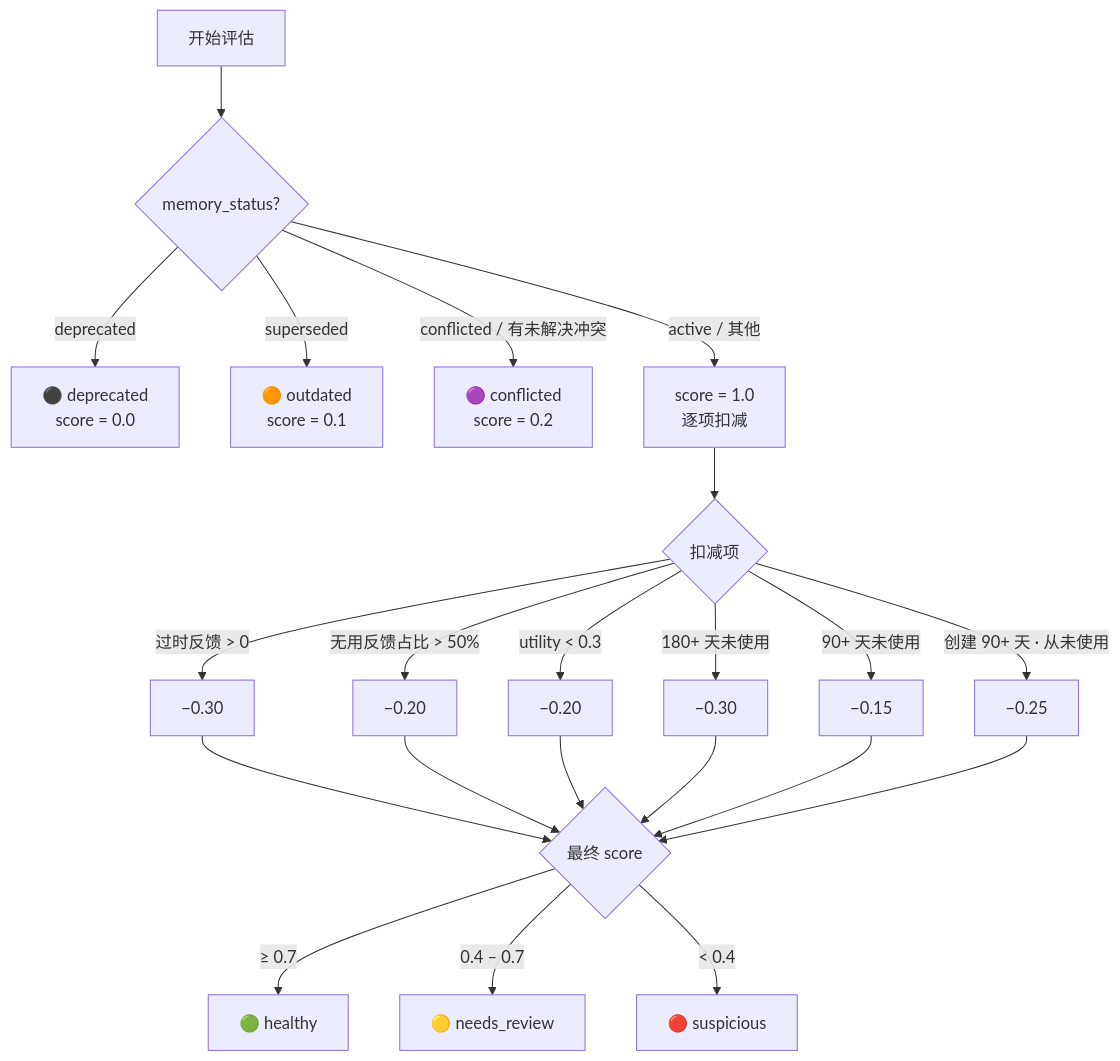
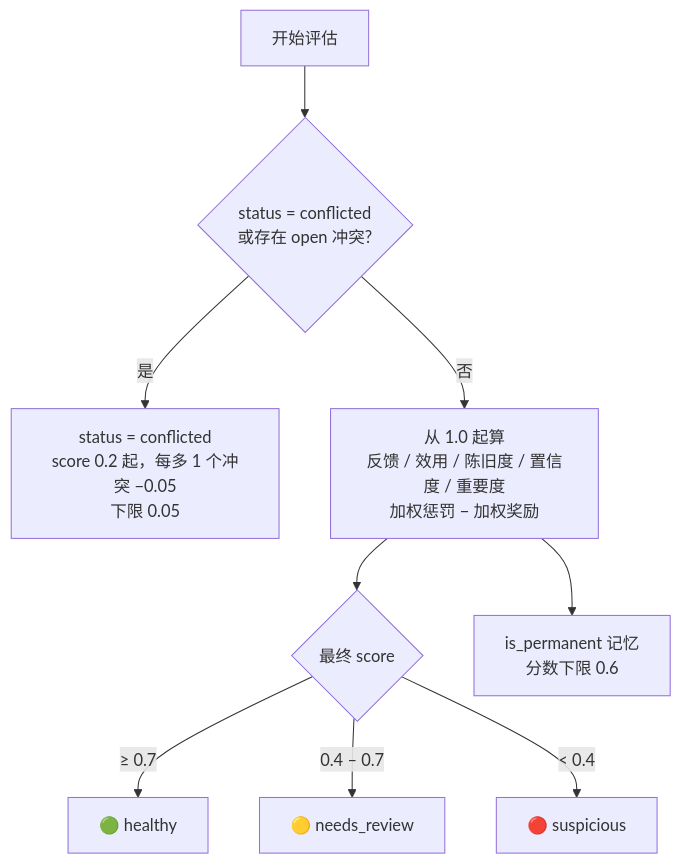
The fourth of 4 diagrams in docs/memory-system.md (Chance-Wu/cwiki), drawn with Mermaid before and after one commit. The commit also changed other lines of this file and 17 other files, not shown here.

````diff
--- a/docs/memory-system.md
+++ b/docs/memory-system.md
@@ -215,21 +224,11 @@
 ```mermaid
 graph TD
-    A[开始评估] --> B{memory_status?}
-    B -- deprecated --> C[⚫ deprecated<br/>score = 0.0]
-    B -- superseded --> D[🟠 outdated<br/>score = 0.1]
-    B -- conflicted / 有未解决冲突 --> E[🟣 conflicted<br/>score = 0.2]
-    B -- active / 其他 --> F[score = 1.0<br/>逐项扣减]
-
-    F --> G{扣减项}
-    G -- "过时反馈 > 0" --> G1["−0.30"]
-    G -- "无用反馈占比 > 50%" --> G2["−0.20"]
-    G -- "utility < 0.3" --> G3["−0.20"]
-    G -- "180+ 天未使用" --> G4["−0.30"]
-    G -- "90+ 天未使用" --> G5["−0.15"]
-    G -- "创建 90+ 天 · 从未使用" --> G6["−0.25"]
-
-    G1 & G2 & G3 & G4 & G5 & G6 --> H{最终 score}
-    H -- "≥ 0.7" --> I[🟢 healthy]
-    H -- "0.4 – 0.7" --> J[🟡 needs_review]
-    H -- "< 0.4" --> K[🔴 suspicious]
+    A[开始评估] --> B{status = conflicted<br/>或存在 open 冲突?}
+    B -- 是 --> C[status = conflicted<br/>score 0.2 起，每多 1 个冲突 −0.05<br/>下限 0.05]
+    B -- 否 --> D[从 1.0 起算<br/>反馈 / 效用 / 陈旧度 / 置信度 / 重要度<br/>加权惩罚 − 加权奖励]
+    D --> E{最终 score}
+    E -- "≥ 0.7" --> F[🟢 healthy]
+    E -- "0.4 – 0.7" --> G[🟡 needs_review]
+    E -- "< 0.4" --> H[🔴 suspicious]
+    D --> I[is_permanent 记忆<br/>分数下限 0.6]
 ```
````
